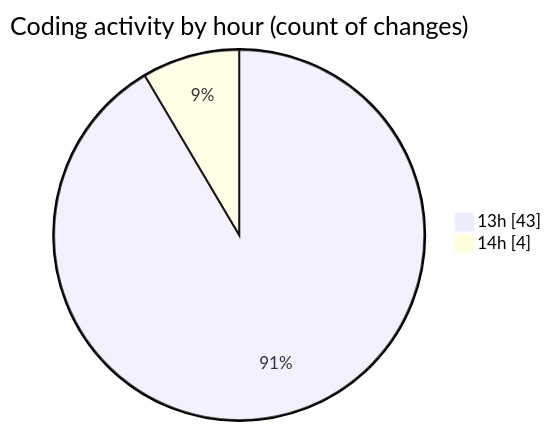
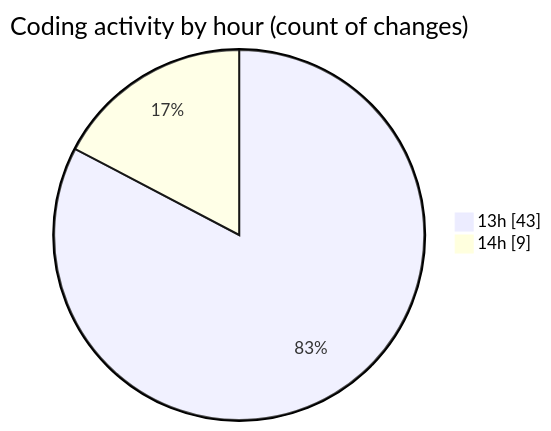
Before and after one commit to MatusMokan/code-tracking: the second of 2 diagrams in 2025-10-04/untitled__workspace_/README.md, drawn with Mermaid. The commit also changed other lines of this file and 1 other file, not shown here.

````diff
--- a/2025-10-04/untitled__workspace_/README.md
+++ b/2025-10-04/untitled__workspace_/README.md
@@ -45,6 +45,6 @@
 ```mermaid
 pie showData
 title Coding activity by hour (count of changes)
 "13h" : 43
-"14h" : 4
+"14h" : 9
 ```
````
